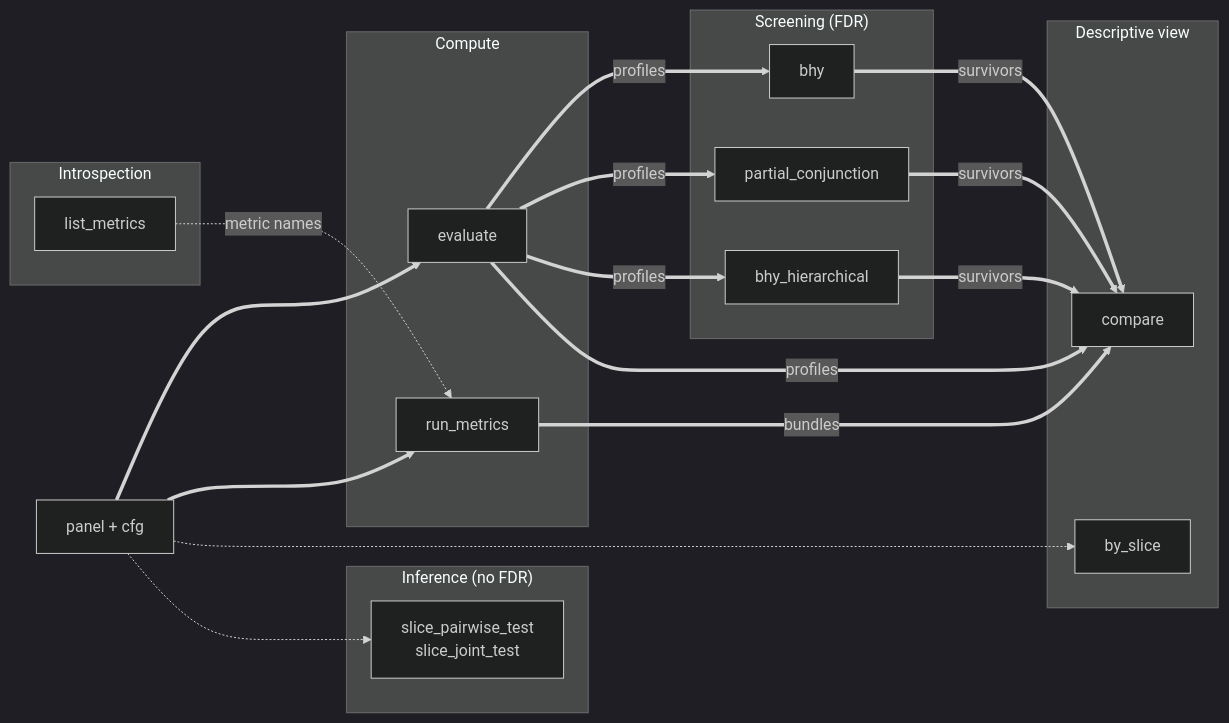
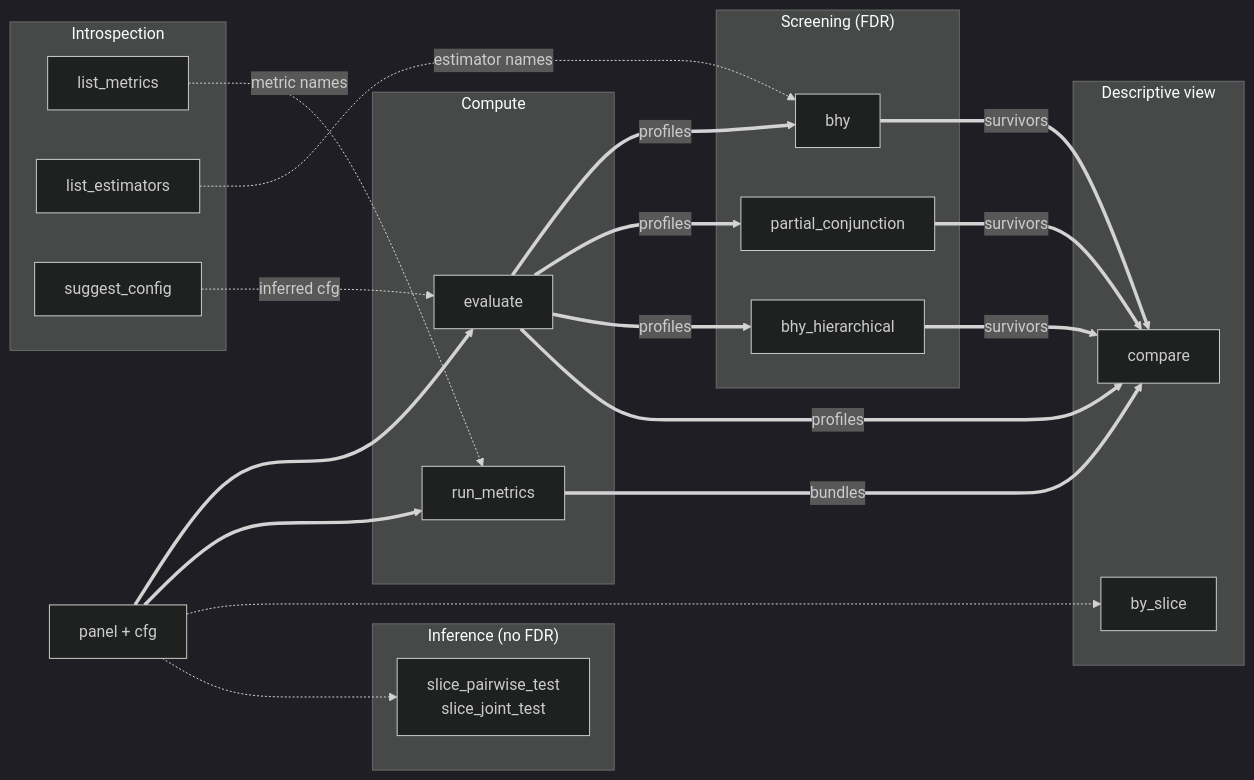
One commit to awwesomeman/factrix changed the diagram in docs/api/index.md. Above: the diagram before and after it, drawn with Mermaid (dark theme).

Commit message:
docs(api): function-flow graph completeness (#336)
The "Function flow" Mermaid in api/index.md is the visual
entry-point map a first-day reader scans before the symbol
table, yet it omitted suggest_config (config inference) and
list_estimators (estimator introspection). Both were listed
in the Entry points table below but invisible in the chart,
so a reader following the graph alone missed the
config-inference path entirely.

Add SC[suggest_config] and LE[list_estimators] to the
Introspection subgraph, with dashed edges mirroring the
existing LM -.->|metric names| RM convention:
  SC -.->|inferred cfg| EV
  LE -.->|estimator names| BHY

Refs #336

````diff
--- a/docs/api/index.md
+++ b/docs/api/index.md
@@ -9,52 +9,58 @@
 ```mermaid
 flowchart LR
     P[panel + cfg]
 
     subgraph Compute
         EV[evaluate]
         RM[run_metrics]
     end
 
     subgraph Screening["Screening (FDR)"]
         BHY[bhy]
         PC[partial_conjunction]
         BHYH[bhy_hierarchical]
     end
 
     subgraph Inference["Inference (no FDR)"]
         ST["slice_pairwise_test<br/>slice_joint_test"]
     end
 
     subgraph View["Descriptive view"]
         BS[by_slice]
         CMP[compare]
     end
 
     subgraph Introspection
         LM[list_metrics]
+        LE[list_estimators]
+        SC[suggest_config]
     end
 
     P ==> EV
     P ==> RM
     P -.-> BS
     P -.-> ST
     EV ==>|profiles| BHY
     EV ==>|profiles| PC
     EV ==>|profiles| BHYH
     EV ==>|profiles| CMP
     RM ==>|bundles| CMP
     BHY ==>|survivors| CMP
     PC ==>|survivors| CMP
     BHYH ==>|survivors| CMP
     LM -.->|metric names| RM
+    LE -.->|estimator names| BHY
+    SC -.->|inferred cfg| EV
 
     click EV "evaluate/" "evaluate API"
     click RM "run-metrics/" "run_metrics API"
     click BS "by-slice/" "by_slice API"
     click ST "slice-test/" "slice_pairwise_test / slice_joint_test API"
     click BHY "multi-factor/" "bhy API"
     click PC "partial-conjunction/" "partial_conjunction API"
     click BHYH "bhy-hierarchical/" "bhy_hierarchical API"
     click LM "list-metrics/" "list_metrics API"
+    click LE "list-estimators/" "list_estimators API"
+    click SC "suggest-config/" "suggest_config API"
     click CMP "compare/" "compare API"
 ```
````
